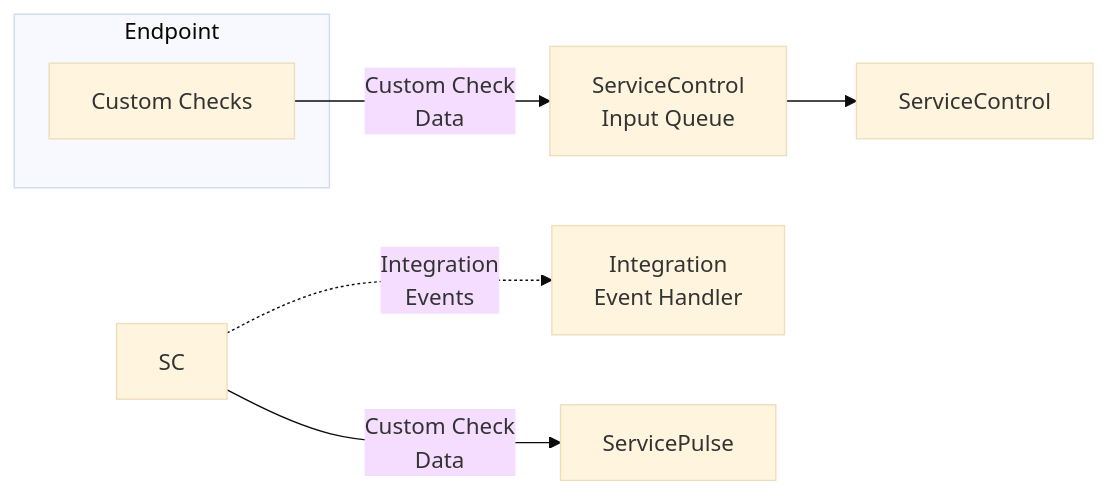
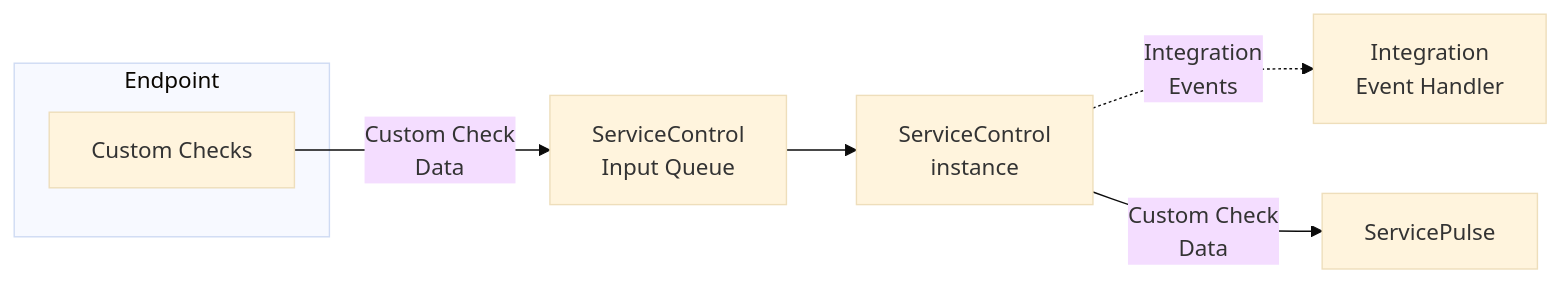
Before and after one commit to Particular/docs.particular.net: the diagram in monitoring/custom-checks/index.md, drawn with Mermaid (base theme). The commit also changed other lines of this file and 11 other files, not shown here.

````diff
--- a/monitoring/custom-checks/index.md
+++ b/monitoring/custom-checks/index.md
@@ -12,15 +12,15 @@
 ```mermaid
 graph LR
 
 subgraph Endpoint
 CustomChecks[Custom Checks]
 end
 	
 CustomChecks -- Custom Check<br>Data --> SCQ[ServiceControl<br>Input Queue]
 
-SCQ --> ServiceControl
+SCQ --> SC[ServiceControl<br>instance]
 
 SC -. Integration<br/>Events .-> Integration[Integration<br/>Event Handler]
 
 SC -- Custom Check<br>Data --> ServicePulse
 ```
````
